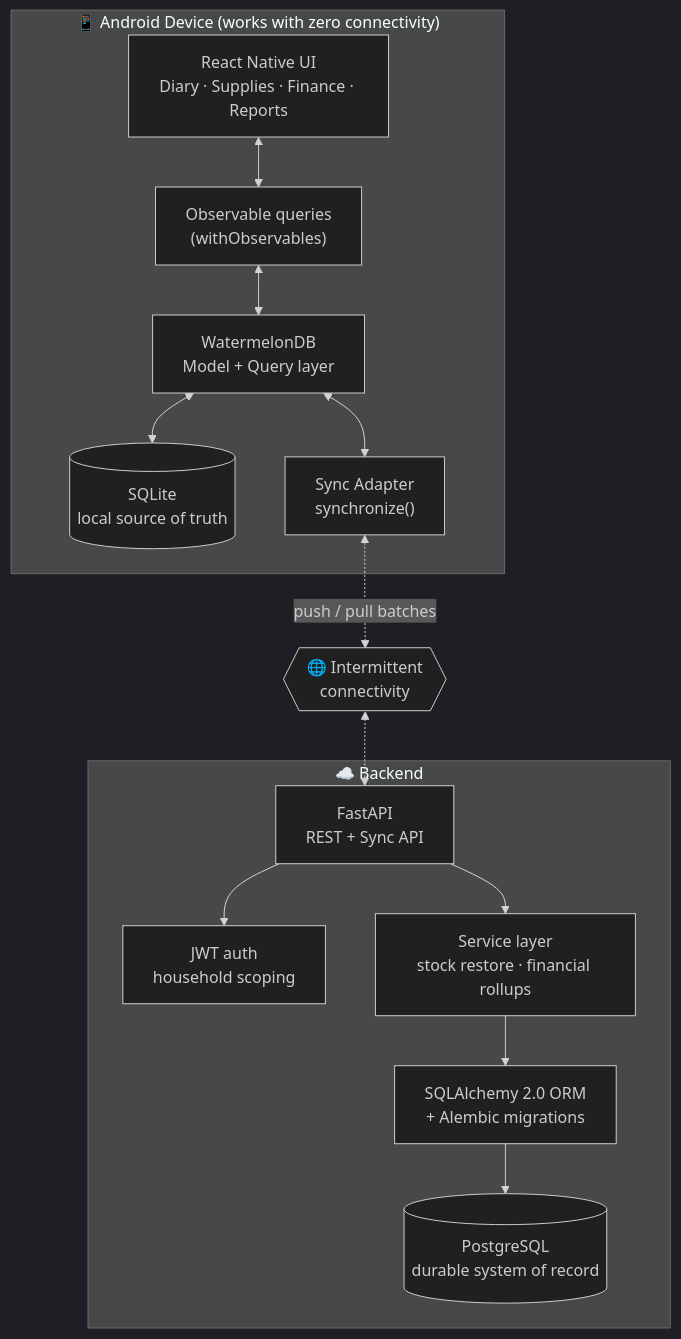
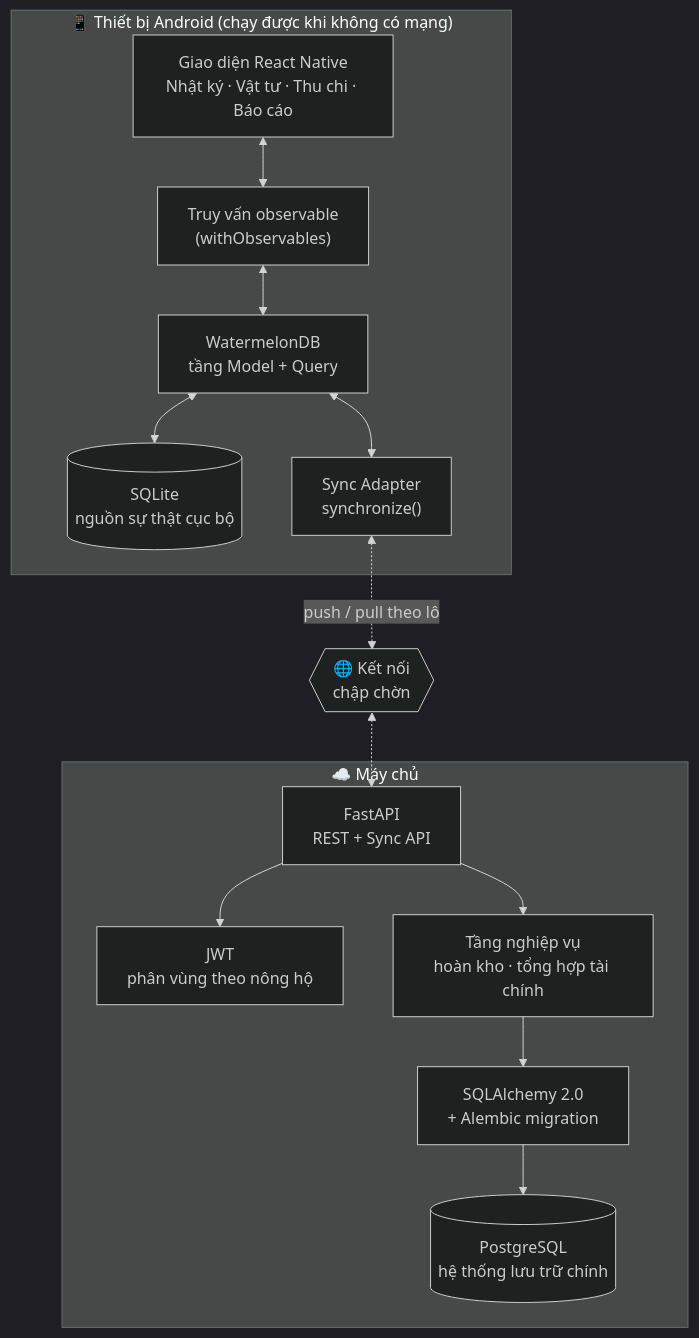
Before and after one commit to ThaiTaka/agrilogapp: the diagram in README.md, drawn with Mermaid (dark theme). The commit also changed other lines of this file and 4 other files, not shown here.

````diff
--- a/README.md
+++ b/README.md
@@ -67,33 +66,33 @@
 ```mermaid
 graph TB
-    subgraph Device["📱 Android Device (works with zero connectivity)"]
-        UI["React Native UI<br/>Diary · Supplies · Finance · Reports"]
-        HOOKS["Observable queries<br/>(withObservables)"]
-        WDB["WatermelonDB<br/>Model + Query layer"]
-        SQLITE[("SQLite<br/>local source of truth")]
+    subgraph Device["📱 Thiết bị Android (chạy được khi không có mạng)"]
+        UI["Giao diện React Native<br/>Nhật ký · Vật tư · Thu chi · Báo cáo"]
+        HOOKS["Truy vấn observable<br/>(withObservables)"]
+        WDB["WatermelonDB<br/>tầng Model + Query"]
+        SQLITE[("SQLite<br/>nguồn sự thật cục bộ")]
         SYNC["Sync Adapter<br/>synchronize()"]
 
         UI <--> HOOKS
         HOOKS <--> WDB
         WDB <--> SQLITE
         WDB <--> SYNC
     end
 
-    NET{{"🌐 Intermittent<br/>connectivity"}}
-    SYNC <-.->|"push / pull batches"| NET
+    NET{{"🌐 Kết nối<br/>chập chờn"}}
+    SYNC <-.->|"push / pull theo lô"| NET
 
-    subgraph Server["☁️ Backend"]
+    subgraph Server["☁️ Máy chủ"]
         API["FastAPI<br/>REST + Sync API"]
-        AUTH["JWT auth<br/>household scoping"]
-        SVC["Service layer<br/>stock restore · financial rollups"]
-        ORM["SQLAlchemy 2.0 ORM<br/>+ Alembic migrations"]
-        PG[("PostgreSQL<br/>durable system of record")]
+        AUTH["JWT<br/>phân vùng theo nông hộ"]
+        SVC["Tầng nghiệp vụ<br/>hoàn kho · tổng hợp tài chính"]
+        ORM["SQLAlchemy 2.0<br/>+ Alembic migration"]
+        PG[("PostgreSQL<br/>hệ thống lưu trữ chính")]
 
         API --> AUTH
         API --> SVC
         SVC --> ORM
         ORM --> PG
     end
 
     NET <-.-> API
 ```
````
